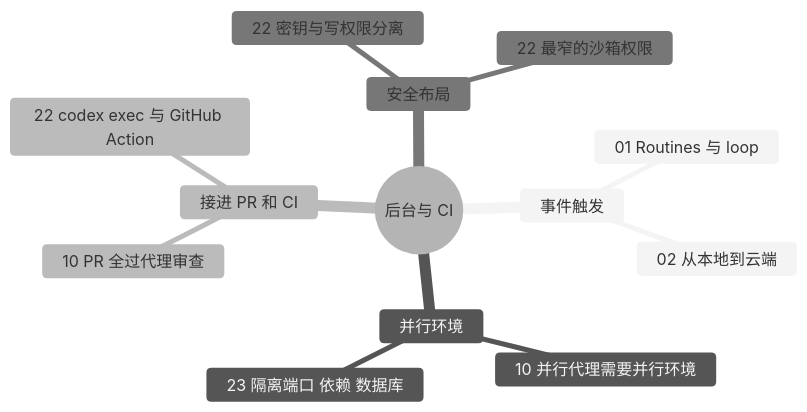
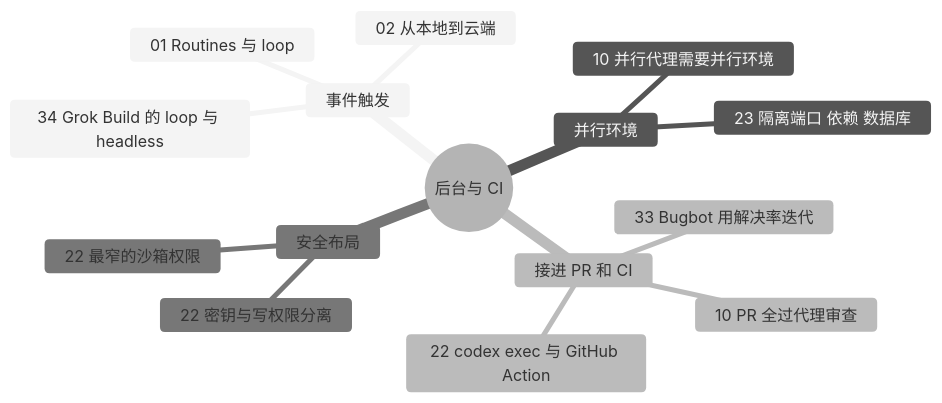
One commit to yzw7489757/ai-coding-videos changed the diagram in docs/guide/automation.md. Above: the diagram before and after it, drawn with Mermaid (neutral theme). The commit also changed other lines of this file and 34 other files, not shown here.

Commit message:
第二批：新增 28–36 九份资料（Claude Code Hooks、Gemini CLI Conductor、OpenHands、OpenAI 代码验证、Cognition、Bugbot、Grok Build Hooks、Amp、MCP 代码执行），新增 21 个术语、P21–P29 模式、模板 14–21

````diff
--- a/docs/guide/automation.md
+++ b/docs/guide/automation.md
@@ -13,16 +13,18 @@
 ```mermaid
 mindmap
   root((后台与 CI))
     事件触发
       01 Routines 与 loop
       02 从本地到云端
+      34 Grok Build 的 loop 与 headless
     并行环境
       10 并行代理需要并行环境
       23 隔离端口 依赖 数据库
     接进 PR 和 CI
       10 PR 全过代理审查
       22 codex exec 与 GitHub Action
+      33 Bugbot 用解决率迭代
     安全布局
       22 密钥与写权限分离
       22 最窄的沙箱权限
 ```
````
